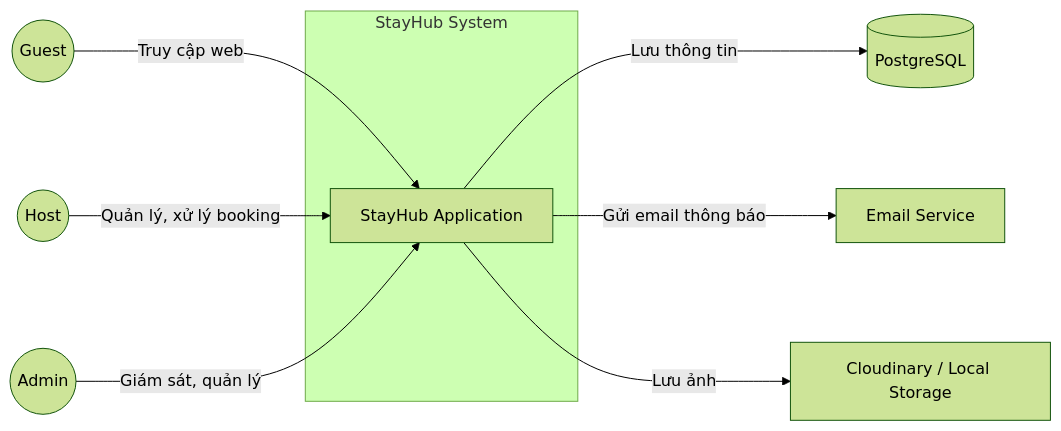
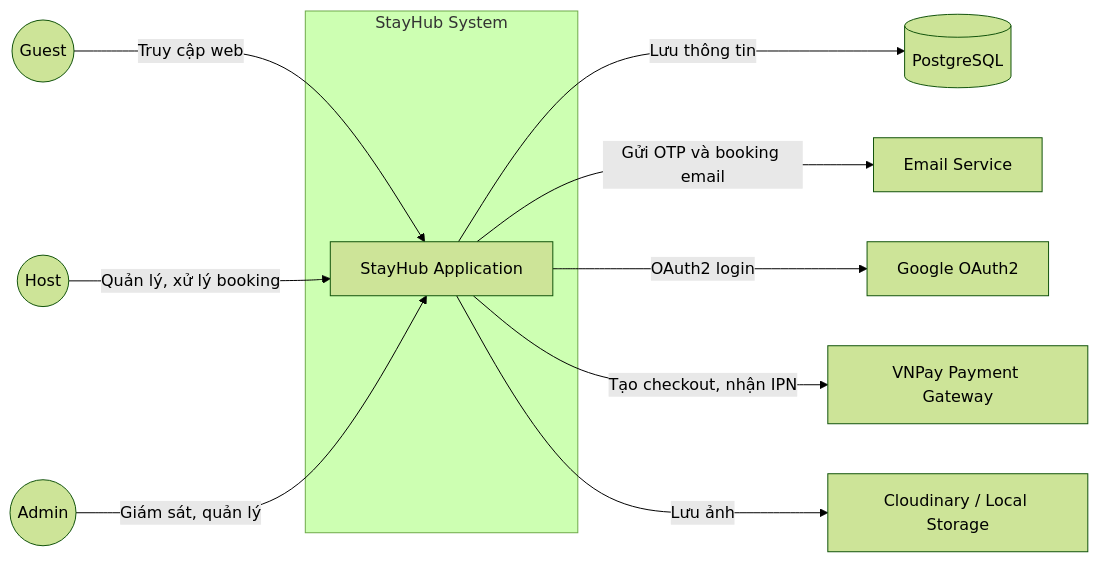
Before and after one commit to apase95/StayHub: the first of 3 diagrams in docs/architecture/1_SystemOverview.md, drawn with Mermaid (forest theme). The commit also changed other lines of this file and 13 other files, not shown here.

Commit message:
[ADD]: New feature payment with VNPay, Discount package

````diff
--- a/docs/architecture/1_SystemOverview.md
+++ b/docs/architecture/1_SystemOverview.md
@@ -28,14 +28,16 @@
 ```mermaid
 flowchart LR
     subgraph "StayHub System"
         App[StayHub Application]
     end
 
     Guest((Guest)) -->|Truy cập web| App
     Host((Host)) -->|Quản lý, xử lý booking| App
     Admin((Admin)) -->|Giám sát, quản lý| App
 
     App -->|Lưu thông tin| DB[(PostgreSQL)]
-    App -->|Gửi email thông báo| Mail[Email Service]
+    App -->|Gửi OTP và booking email| Mail[Email Service]
+    App -->|OAuth2 login| Google[Google OAuth2]
+    App -->|Tạo checkout, nhận IPN| VNPay[VNPay Payment Gateway]
     App -->|Lưu ảnh| Storage[Cloudinary / Local Storage]
 ```
````
